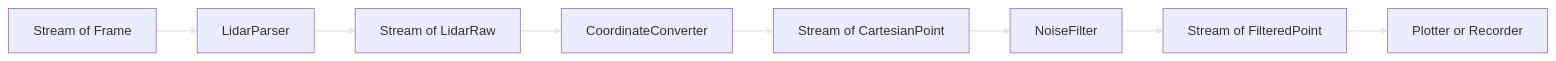
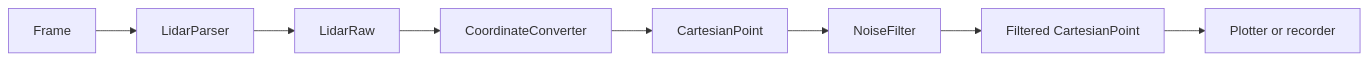
The first of 4 diagrams in docs/typed-pipelines.md (kei185/sensor-flow), drawn with Mermaid before and after one commit. The commit also changed other lines of this file and 3 other files, not shown here.

````diff
--- a/docs/typed-pipelines.md
+++ b/docs/typed-pipelines.md
@@ -13,15 +8,10 @@
 ```mermaid
 flowchart LR
-    frames[Stream of Frame]
-    parser[LidarParser]
-    raw[Stream of LidarRaw]
-    converter[CoordinateConverter]
-    points[Stream of CartesianPoint]
-    filter[NoiseFilter]
-    filtered[Stream of FilteredPoint]
-    consumer[Plotter or Recorder]
-
-    frames --> parser --> raw --> converter --> points --> filter --> filtered --> consumer
-
-    linkStyle default stroke:#E5E7EB,stroke-width:2px;
+    frames["Frame"] --> parser["LidarParser"]
+    parser --> raw["LidarRaw"]
+    raw --> converter["CoordinateConverter"]
+    converter --> points["CartesianPoint"]
+    points --> filter["NoiseFilter"]
+    filter --> filtered["Filtered CartesianPoint"]
+    filtered --> consumer["Plotter or recorder"]
 ```
````
